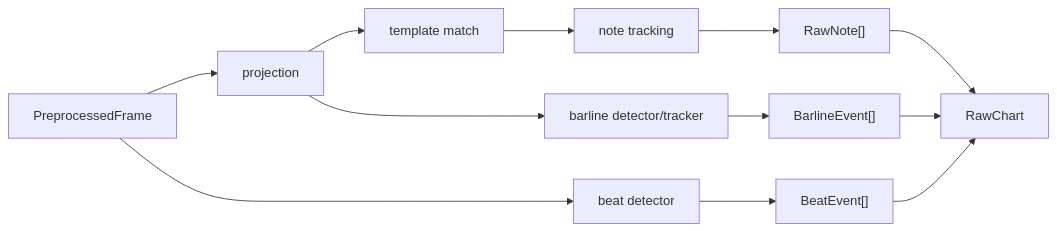
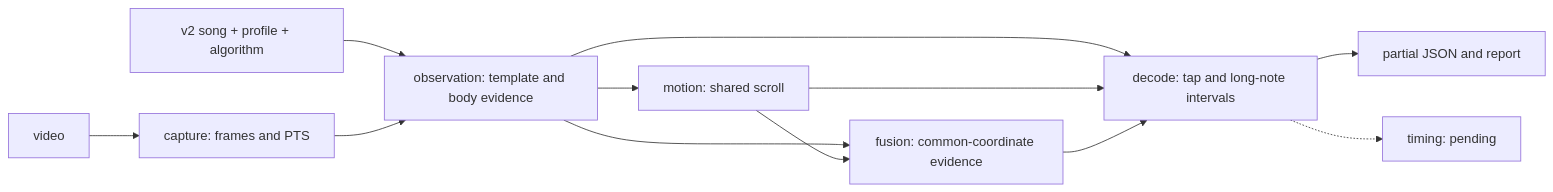
The diagram in doc/ARCHITECTURE.md (khanwul/EZ2Re-Chart), drawn with Mermaid before and after one commit. The commit also changed other lines of this file and 60 other files, not shown here.

````diff
--- a/doc/ARCHITECTURE.md
+++ b/doc/ARCHITECTURE.md
@@ -54,17 +10,14 @@
 ```mermaid
 flowchart LR
-    frame["PreprocessedFrame"] --> s1["projection"]
-    s1 --> s2["template match"]
-    s2 --> tracker["note tracking"]
-    tracker --> notes["RawNote[]"]
-
-    frame --> beat["beat detector"]
-    beat --> beats["BeatEvent[]"]
-
-    s1 --> bar["barline detector/tracker"]
-    bar --> bars["BarlineEvent[]"]
-
-    notes --> raw["RawChart"]
-    beats --> raw
-    bars --> raw
+    config["v2 song + profile + algorithm"] --> observation
+    video["video"] --> capture["capture: frames and PTS"]
+    capture --> observation["observation: template and body evidence"]
+    observation --> motion["motion: shared scroll"]
+    observation --> fusion["fusion: common-coordinate evidence"]
+    motion --> fusion
+    observation --> decode["decode: tap and long-note intervals"]
+    motion --> decode
+    fusion --> decode
+    decode --> export["partial JSON and report"]
+    decode -.-> timing["timing: pending"]
 ```
````
